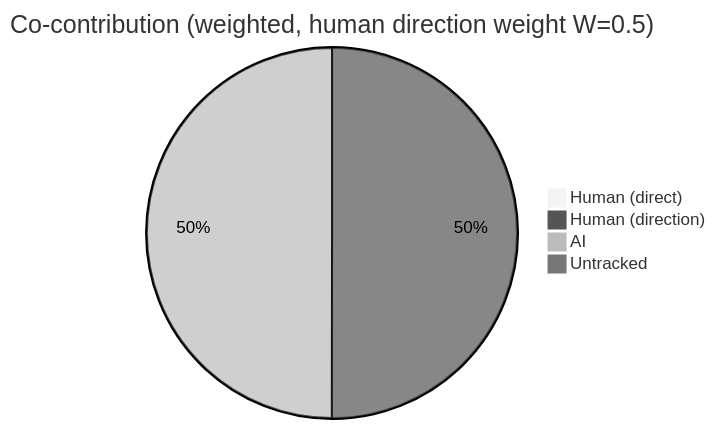
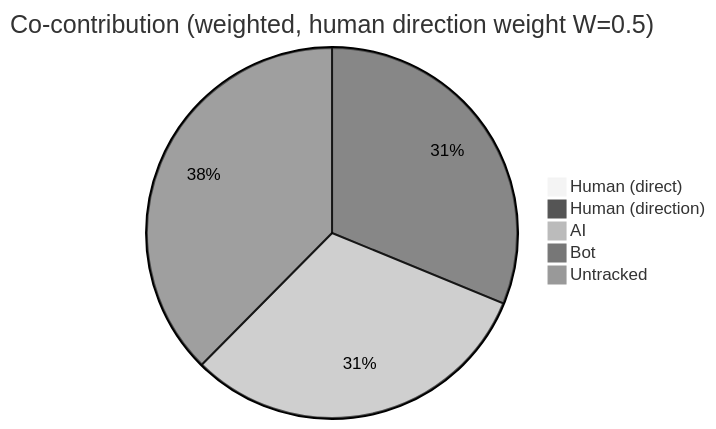
The first of 4 diagrams in AI-AUTHORSHIP.md (CaliMark/ai-authorship), drawn with Mermaid (neutral theme) before and after one commit. The commit also changed other lines of this file and 1 other file, not shown here.

````diff
--- a/AI-AUTHORSHIP.md
+++ b/AI-AUTHORSHIP.md
@@ -23,7 +23,8 @@
 ```mermaid
 pie title Co-contribution (weighted, human direction weight W=0.5)
     "Human (direct)" : 0
-    "Human (direction)" : 1156
-    "AI" : 1155
+    "Human (direction)" : 1419
+    "AI" : 1419
+    "Bot" : 1709
     "Untracked" : 0
 ```
````
